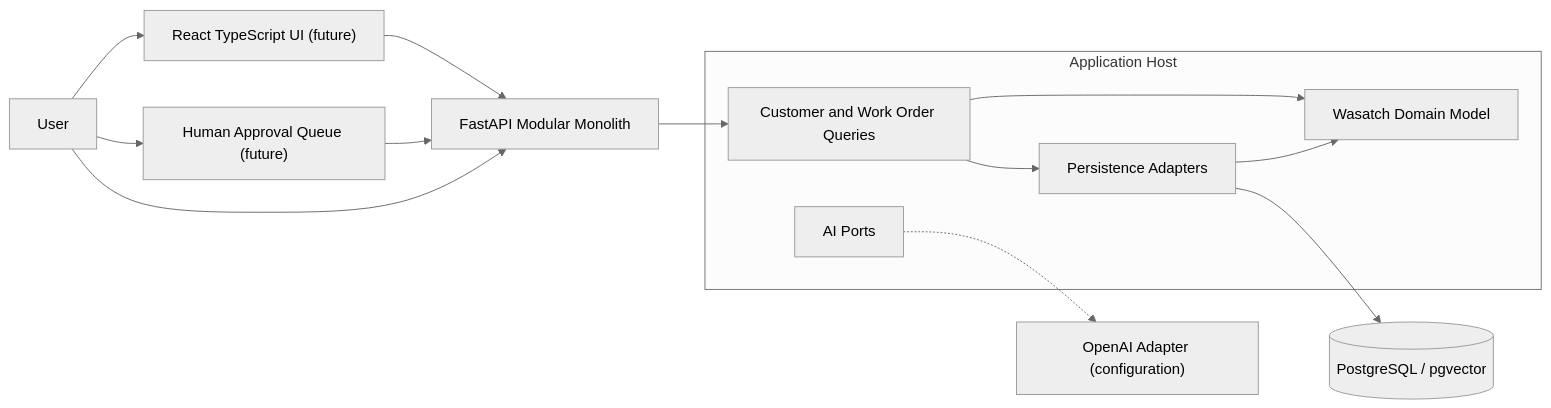
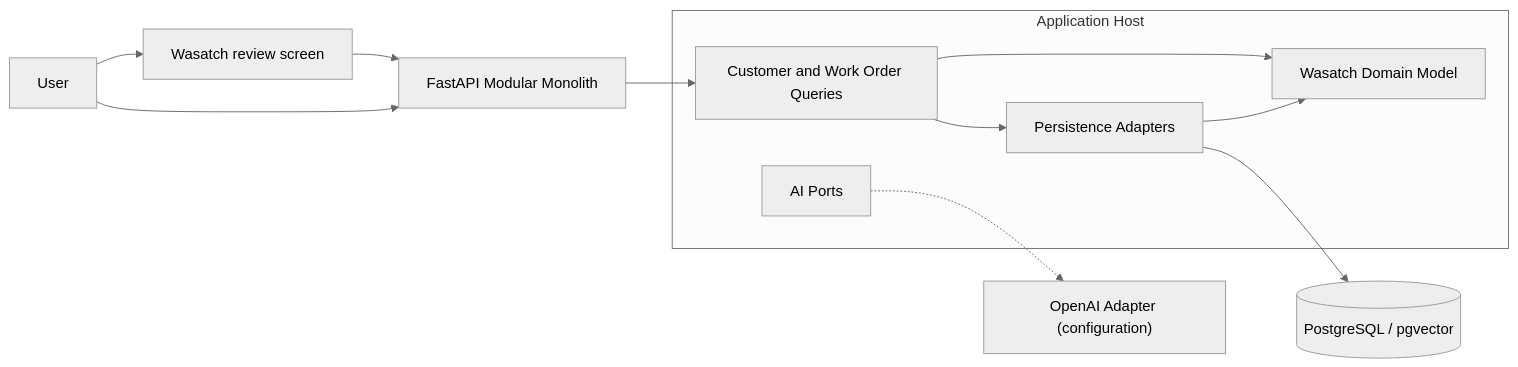
Before and after one commit to anotherhale/ai-solutions-lab: the diagram in docs/ARCHITECTURE.md, drawn with Mermaid (neutral theme). The commit also changed other lines of this file and 28 other files, not shown here.

First line of the commit message:
feat: add the suggested-reply review screen

````diff
--- a/docs/ARCHITECTURE.md
+++ b/docs/ARCHITECTURE.md
@@ -19,22 +19,20 @@
 ```mermaid
 flowchart LR
-    User[User] --> Web["React TypeScript UI (future)"]
-    User --> Human["Human Approval Queue (future)"]
-    Web --> API[FastAPI Modular Monolith]
-    Human --> API
+    User[User] --> Review["Wasatch review screen"]
+    Review --> API[FastAPI Modular Monolith]
     User --> API
 
     subgraph Monolith["Application Host"]
         Queries[Customer and Work Order Queries]
         Domain[Wasatch Domain Model]
         Persist[Persistence Adapters]
         AIPorts["AI Ports"]
         Queries --> Domain
         Queries --> Persist
         Persist --> Domain
     end
 
     API --> Queries
     Persist --> PG[(PostgreSQL / pgvector)]
     AIPorts -.-> OpenAI["OpenAI Adapter (configuration)"]
 ```
````
